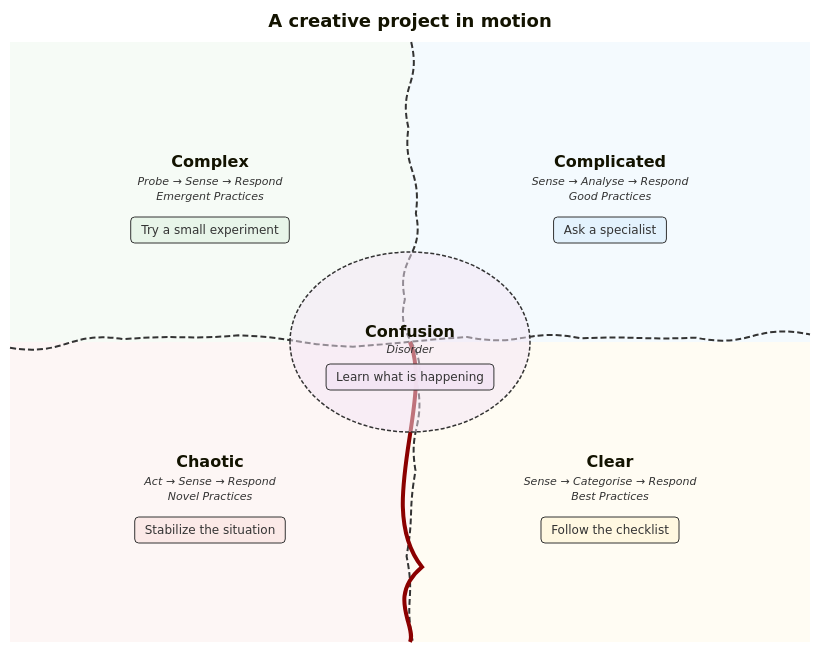
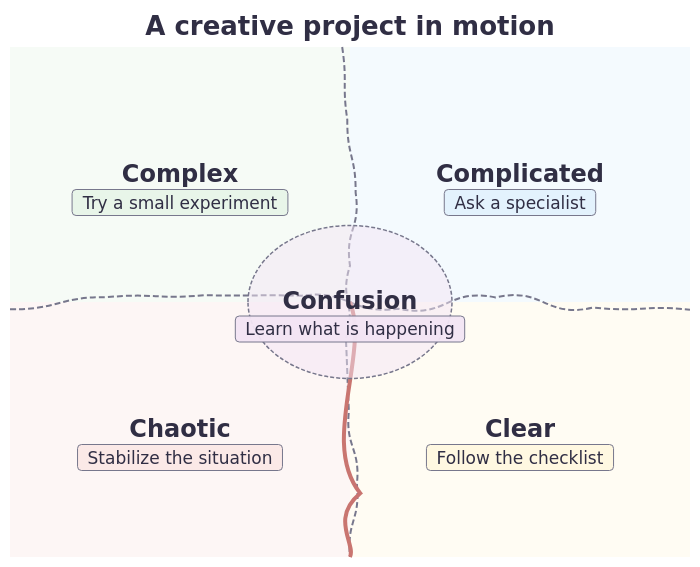
One commit to ThorFuchs/Swift-Mermaid changed the diagram in Examples/MermaidGallery/Sources/GalleryContent/Diagrams/cynefin.mmd. Above: the diagram before and after it, drawn with Mermaid. The commit also changed 32 other files, not shown here.

Commit message:
Polish diagram gallery and release 0.1.5

```diff
--- a/Examples/MermaidGallery/Sources/GalleryContent/Diagrams/cynefin.mmd
+++ b/Examples/MermaidGallery/Sources/GalleryContent/Diagrams/cynefin.mmd
@@ -1,12 +1,13 @@
+%%{init: {'theme':'base','themeCSS':'.cynefinDomainLabel{paint-order:stroke;stroke:#F5F3F8;stroke-width:5px;stroke-linejoin:round}','cynefin':{'width':680,'height':510,'showDomainDescriptions':false,'seed':7},'themeVariables':{'cynefin':{'domainFontSize':24,'itemFontSize':17,'labelColor':'#302E44','textColor':'#302E44','boundaryColor':'#77778C','cliffColor':'#C97570','arrowColor':'#77778C'}}}}%%
 cynefin-beta
     title A creative project in motion
     clear
       "Follow the checklist"
     complicated
       "Ask a specialist"
     complex
       "Try a small experiment"
     chaotic
       "Stabilize the situation"
     confusion
       "Learn what is happening"
```
